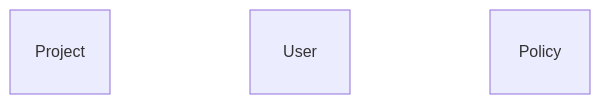
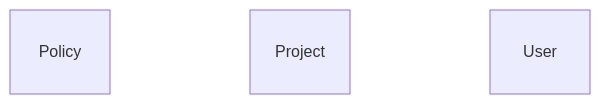
The first of 9 diagrams in docs/04-reading-the-diagrams.md (stacklok/modelith), drawn with Mermaid before and after one commit. The commit also changed other lines of this file and 10 other files, not shown here.

````diff
--- a/docs/04-reading-the-diagrams.md
+++ b/docs/04-reading-the-diagrams.md
@@ -28,6 +28,6 @@
 ```mermaid
 erDiagram
+    Policy {}
     Project {}
     User {}
-    Policy {}
 ```
````
